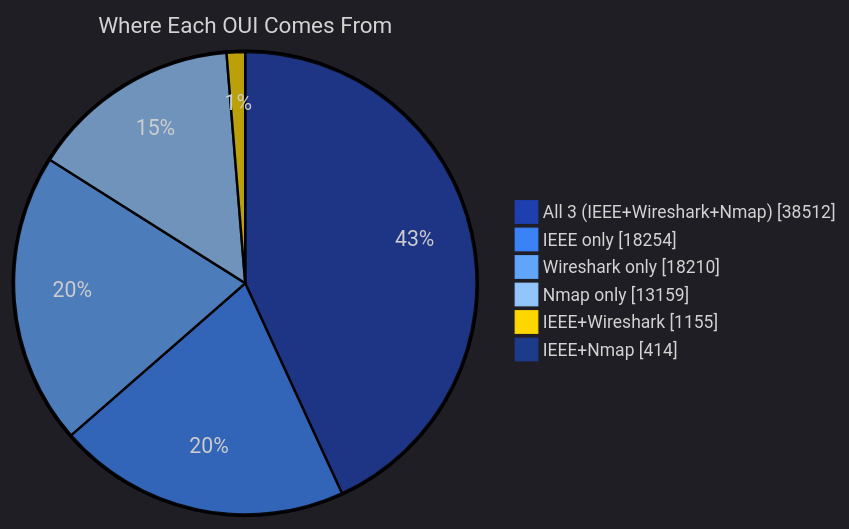
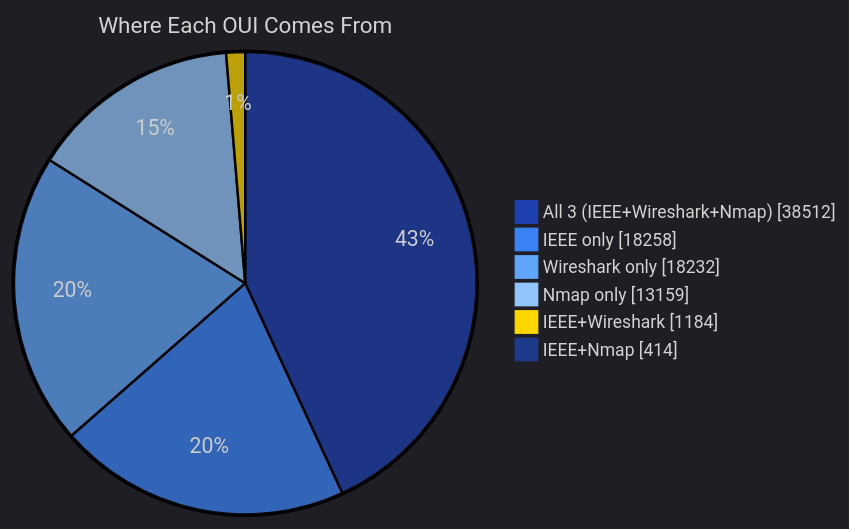
One commit to Ringmast4r/OUI-Master-Database changed the second of 5 diagrams in README.md. Above: the diagram before and after it, drawn with Mermaid. The commit also changed other lines of this file and 14 other files, not shown here.

````diff
--- a/README.md
+++ b/README.md
@@ -93,11 +93,11 @@
 ```mermaid
 %%{init: {'theme':'dark', 'themeVariables': {'pie1':'#1E40AF','pie2':'#3B82F6','pie3':'#60A5FA','pie4':'#93C5FD','pie5':'#FFD700','pie6':'#1E3A8A','pieTitleTextSize':'18px','pieLegendTextSize':'14px'}}}%%
 pie showData
     title Where Each OUI Comes From
     "All 3 (IEEE+Wireshark+Nmap)" : 38512
-    "IEEE only" : 18254
-    "Wireshark only" : 18210
+    "IEEE only" : 18258
+    "Wireshark only" : 18232
     "Nmap only" : 13159
-    "IEEE+Wireshark" : 1155
+    "IEEE+Wireshark" : 1184
     "IEEE+Nmap" : 414
 ```
````
